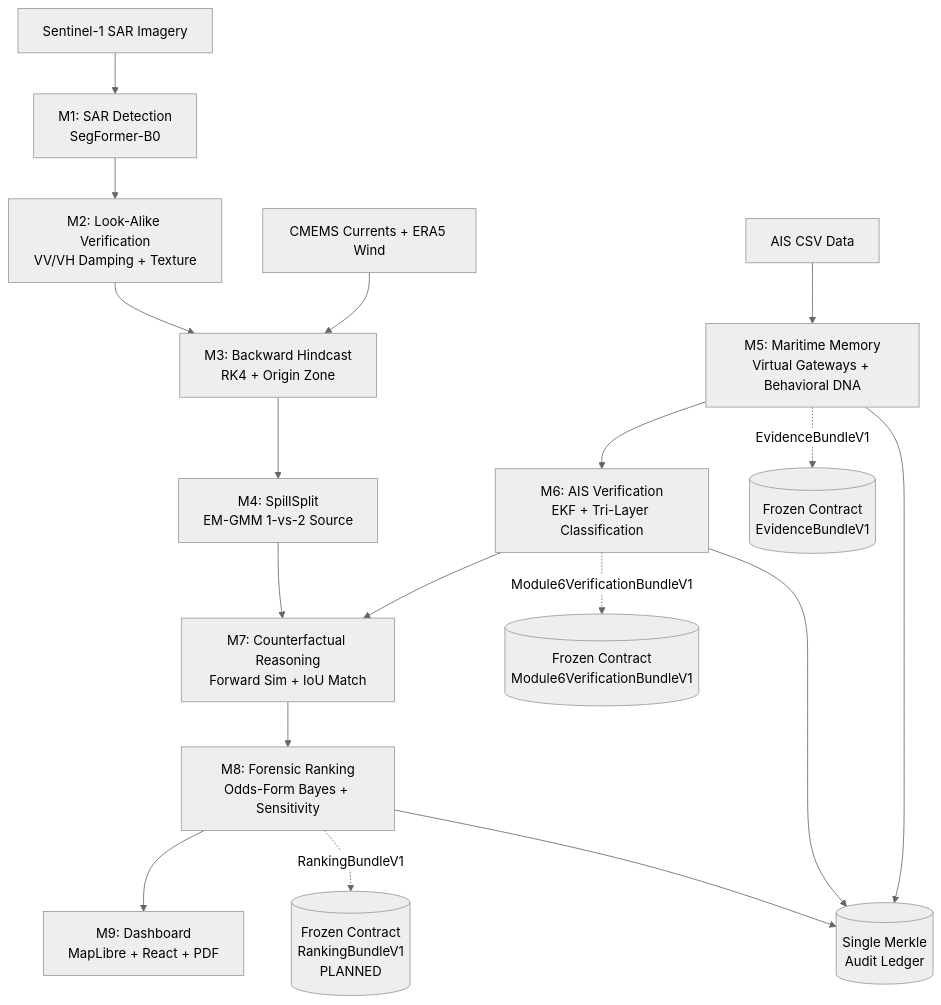
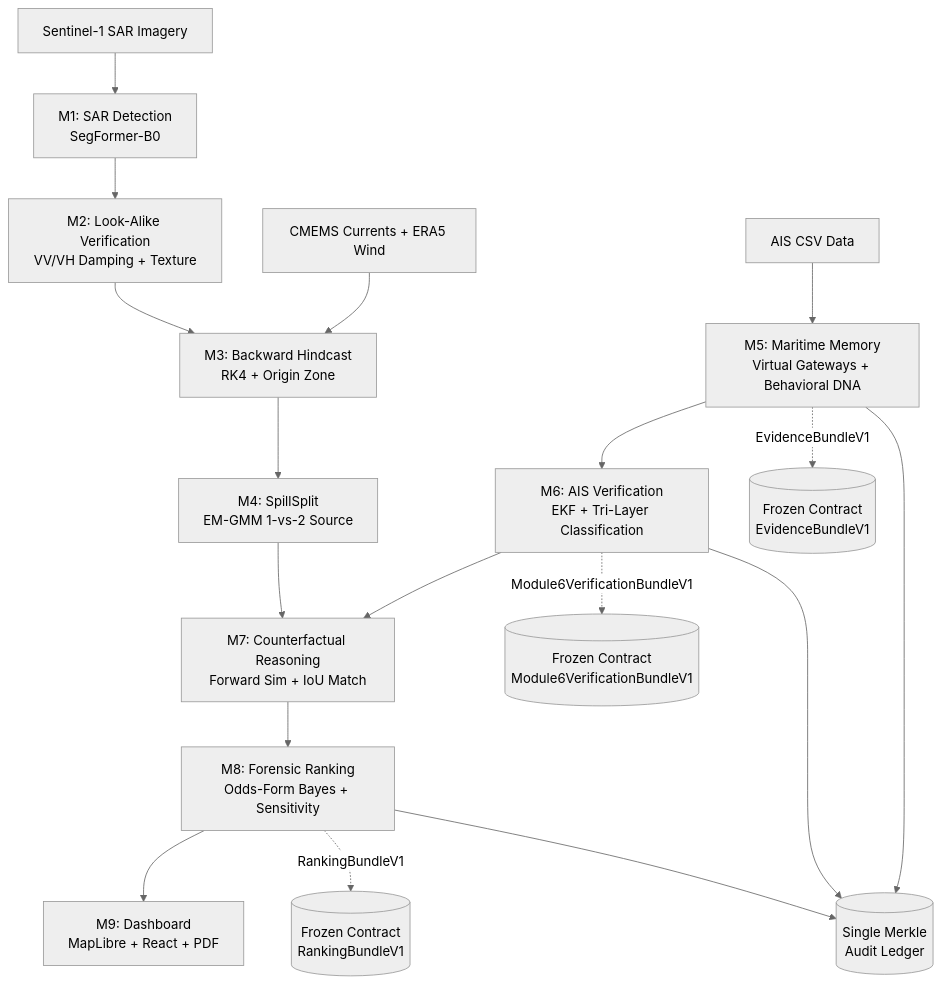
One commit to Hiran-Antony/Occuris-143 changed the diagram in README.md. Above: the diagram before and after it, drawn with Mermaid (neutral theme). The commit also changed other lines of this file and 22 other files, not shown here.

````diff
--- a/README.md
+++ b/README.md
@@ -23,28 +23,28 @@
 ```mermaid
 flowchart TD
     %% Data Sources
     SAR[Sentinel-1 SAR Imagery] --> M1
     AIS[AIS CSV Data] --> M5
     ENV[CMEMS Currents + ERA5 Wind] --> M3
 
     %% Module Chain
     M1[M1: SAR Detection<br/>SegFormer-B0] --> M2[M2: Look-Alike Verification<br/>VV/VH Damping + Texture]
     M2 --> M3[M3: Backward Hindcast<br/>RK4 + Origin Zone]
     M3 --> M4[M4: SpillSplit<br/>EM-GMM 1-vs-2 Source]
     
     M5[M5: Maritime Memory<br/>Virtual Gateways + Behavioral DNA] --> M6
     M6[M6: AIS Verification<br/>EKF + Tri-Layer Classification] --> M7
     
     M4 --> M7[M7: Counterfactual Reasoning<br/>Forward Sim + IoU Match]
     M7 --> M8[M8: Forensic Ranking<br/>Odds-Form Bayes + Sensitivity]
     
     M8 --> M9[M9: Dashboard<br/>MapLibre + React + PDF]
 
     %% Frozen Contracts
     M5 -.->|EvidenceBundleV1| CONTRACT1[(Frozen Contract<br/>EvidenceBundleV1)]
     M6 -.->|Module6VerificationBundleV1| CONTRACT2[(Frozen Contract<br/>Module6VerificationBundleV1)]
-    M8 -.->|RankingBundleV1| CONTRACT3[(Frozen Contract<br/>RankingBundleV1<br/>PLANNED)]
+    M8 -.->|RankingBundleV1| CONTRACT3[(Frozen Contract<br/>RankingBundleV1)]
     
     %% Ledger
     M5 & M6 & M8 --> LEDGER[(Single Merkle<br/>Audit Ledger)]
 ```
````
